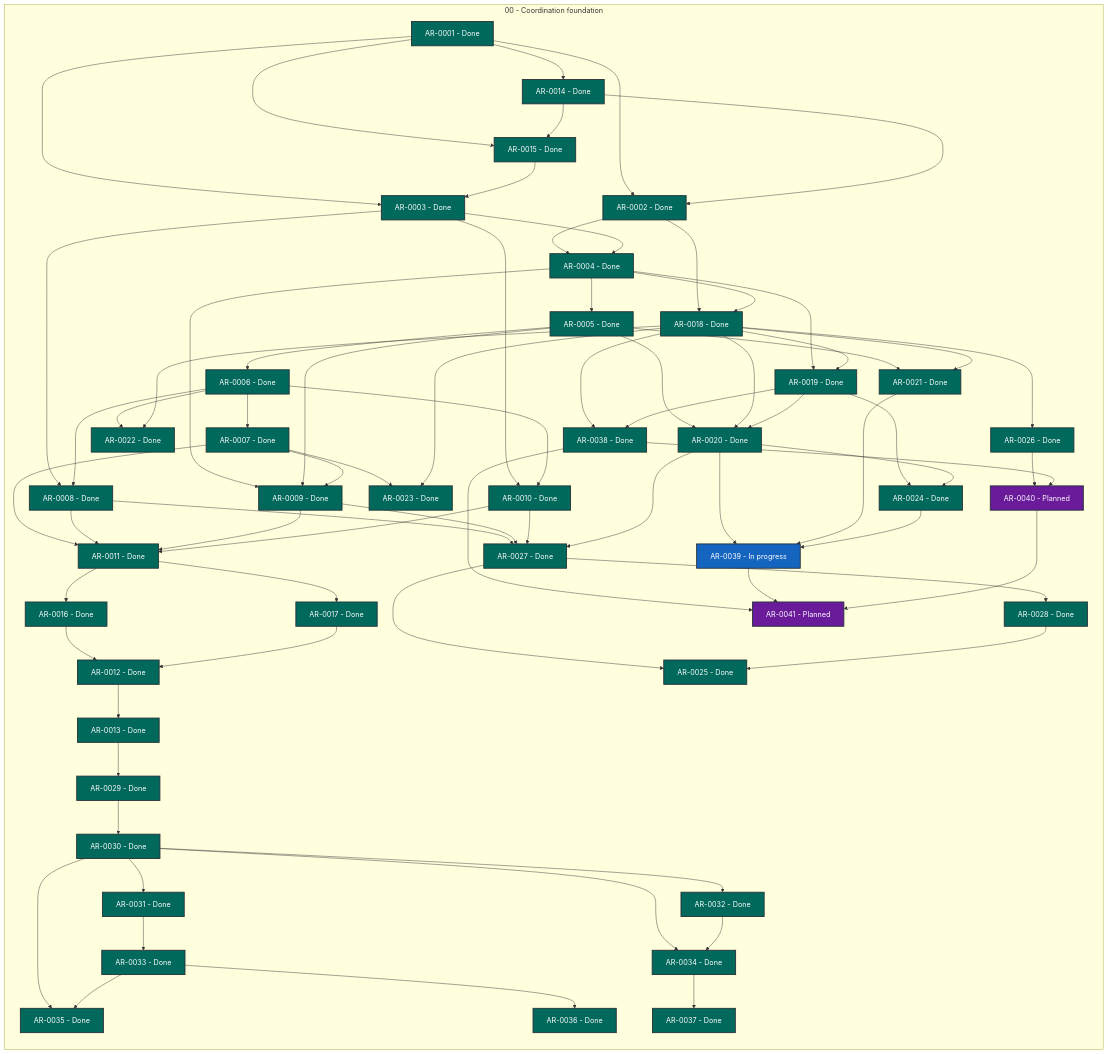
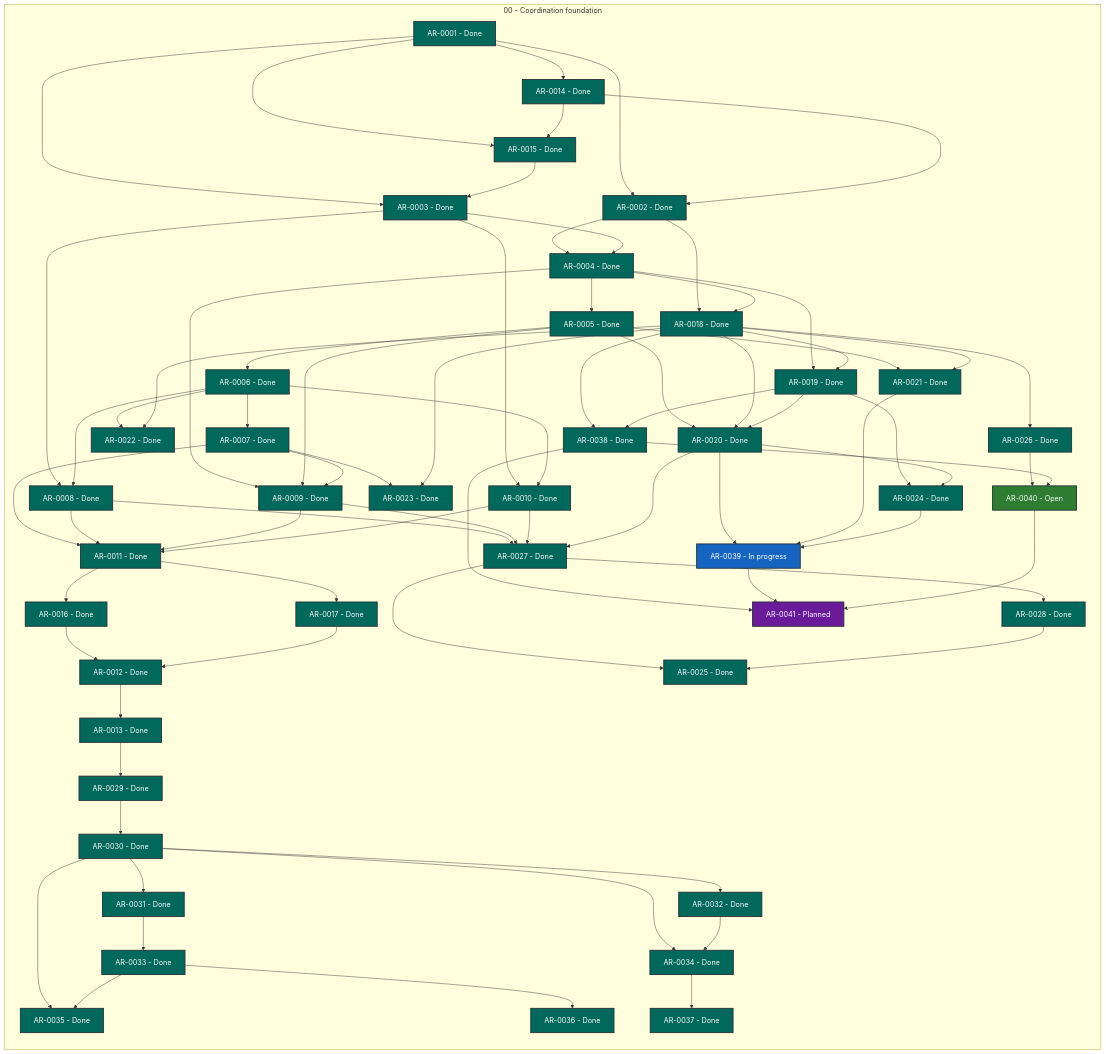
The diagram in STATUS.md (martin-beck/agent-workflow-tui-state), drawn with Mermaid before and after one commit. The commit also changed other lines of this file and 2 other files, not shown here.

```diff
--- a/STATUS.md
+++ b/STATUS.md
@@ -67,7 +67,7 @@
         AR_0037["AR-0037 - Done"]:::status_done
         AR_0038["AR-0038 - Done"]:::status_done
         AR_0039["AR-0039 - In progress"]:::status_in_progress
-        AR_0040["AR-0040 - Planned"]:::status_planned
+        AR_0040["AR-0040 - Open"]:::status_open
         AR_0041["AR-0041 - Planned"]:::status_planned
     end
     AR_0001 --> AR_0002
```
